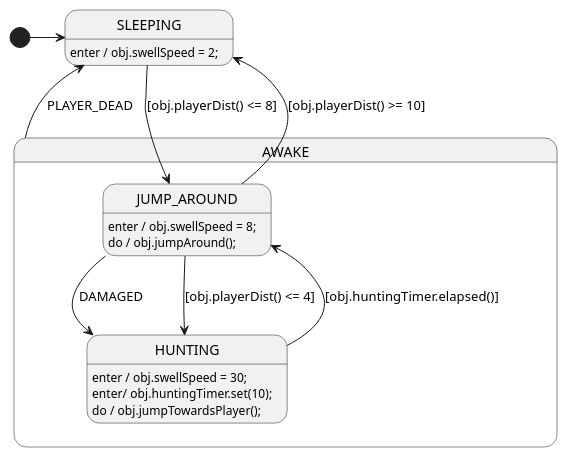
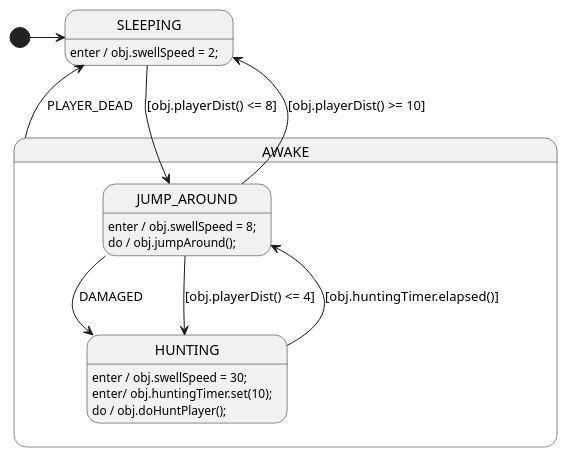
Before and after one commit to adamfk/LittleJS: the diagram in examples/platformer/enemy1/Enemy1Sm.plantuml, drawn with PlantUML. The commit also changed 3 other files, not shown here.

```diff
--- a/examples/platformer/enemy1/Enemy1Sm.plantuml
+++ b/examples/platformer/enemy1/Enemy1Sm.plantuml
@@ -1,50 +1,50 @@
 @startuml Enemy1Sm
 
 ' //////////////////////// STATE ORGANIZATION ///////////////////////
 ' Note: StateSmith treats state names and events as case insensitive.
 ' More info: https://github.com/StateSmith/StateSmith/wiki/PlantUML
 
 state SLEEPING
 
 state AWAKE {
     state JUMP_AROUND
     state HUNTING
 }
 
 [*] -> SLEEPING
 
 
 ' ///////////////////////// STATE HANDLERS /////////////////////////
 ' Syntax: https://github.com/StateSmith/StateSmith/wiki/Behaviors
 
 SLEEPING: enter / obj.swellSpeed = 2;
 SLEEPING --> JUMP_AROUND: [obj.playerDist() <= 8]
 
 AWAKE -up-> SLEEPING: PLAYER_DEAD
 
 JUMP_AROUND: enter / obj.swellSpeed = 8;
 JUMP_AROUND: do / obj.jumpAround();
 JUMP_AROUND --> SLEEPING: [obj.playerDist() >= 10]
 JUMP_AROUND --> HUNTING: DAMAGED
 JUMP_AROUND --> HUNTING: [obj.playerDist() <= 4]
 
 HUNTING: enter / obj.swellSpeed = 30;
 HUNTING: enter/ obj.huntingTimer.set(10);
-HUNTING: do / obj.jumpTowardsPlayer();
+HUNTING: do / obj.doHuntPlayer();
 HUNTING --> JUMP_AROUND: [obj.huntingTimer.elapsed()]
 
 
 ' //////////////////////// StateSmith config ////////////////////////
 ' The below special comment block sets the StateSmith configuration.
 ' More info: https://github.com/StateSmith/StateSmith/issues/335
 
 /'! $CONFIG : toml
 [SmRunnerSettings]
 transpilerId = "JavaScript"
 
 [RenderConfig]
 AutoExpandedVars = """
     obj: null, // need to set this to instance of Enemy1 before calling start()
     """
 '/
 @enduml
```
